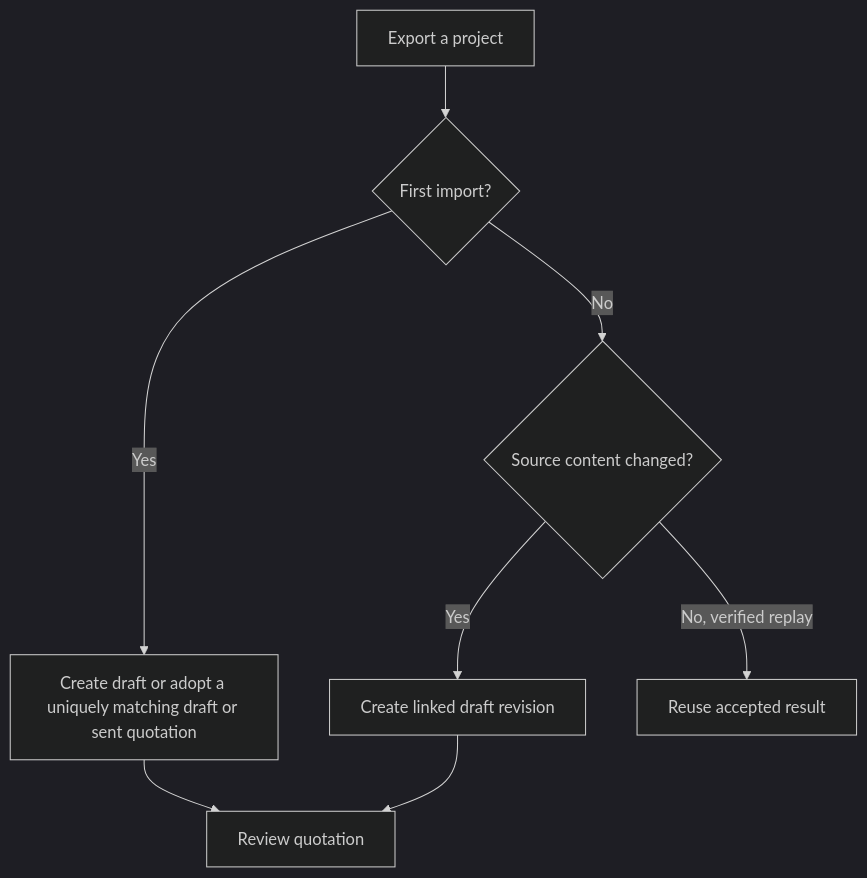
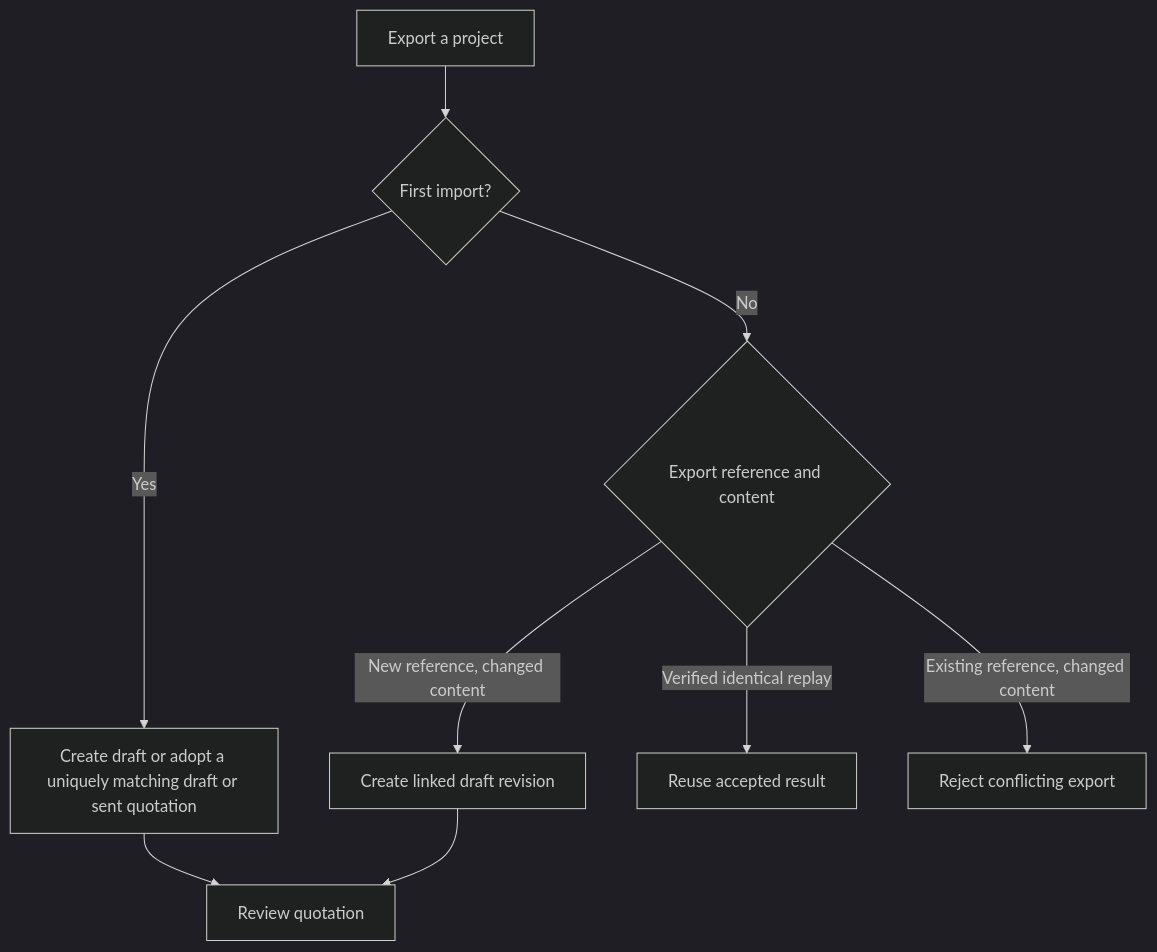
One commit to SheetMetalConnect/smc-mintlify changed the second of 2 diagrams in qf2odoo/workflow.mdx. Above: the diagram before and after it, drawn with Mermaid (dark theme). The commit also changed other lines of this file and 1 other file, not shown here.

Commit message:
docs: clarify quotation revision decisions

````diff
--- a/qf2odoo/workflow.mdx
+++ b/qf2odoo/workflow.mdx
@@ -121,10 +121,11 @@
 ```mermaid
 flowchart TD
   E["Export a project"] --> F{"First import?"}
   F -->|Yes| D["Create draft or adopt a uniquely matching draft or sent quotation"]
-  F -->|No| C{"Source content changed?"}
-  C -->|Yes| R["Create linked draft revision"]
-  C -->|No, verified replay| A["Reuse accepted result"]
+  F -->|No| C{"Export reference and content"}
+  C -->|"New reference, changed content"| R["Create linked draft revision"]
+  C -->|"Verified identical replay"| A["Reuse accepted result"]
+  C -->|"Existing reference, changed content"| X["Reject conflicting export"]
   D --> V["Review quotation"]
   R --> V
 ```
````
